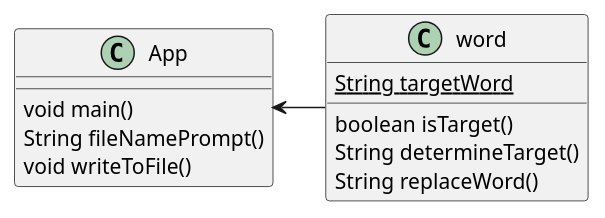
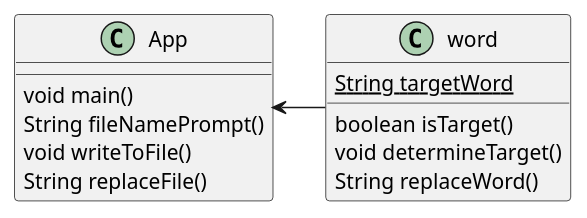
The diagram in src/main/java/ex45/ex45-ClassDiagram.puml (kieran-l-jimenez/jimenez-cop3330-assignment3), drawn with PlantUML before and after one commit. The commit also changed 7 other files, not shown here.

```diff
--- a/src/main/java/ex45/ex45-ClassDiagram.puml
+++ b/src/main/java/ex45/ex45-ClassDiagram.puml
@@ -1,20 +1,21 @@
 @startuml
 'https://plantuml.com/class-diagram
 
 class App {
 void main()
 String fileNamePrompt()
 void writeToFile()
+String replaceFile()
 }
 
 App <- word
 
 class word {
 {static} String targetWord
 
 boolean isTarget()
-String determineTarget()
+void determineTarget()
 String replaceWord()
 }
 
 @enduml
```
